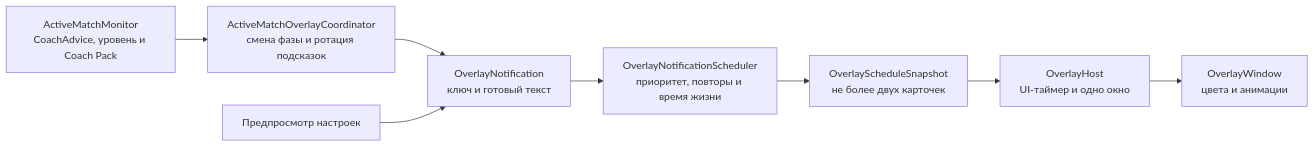
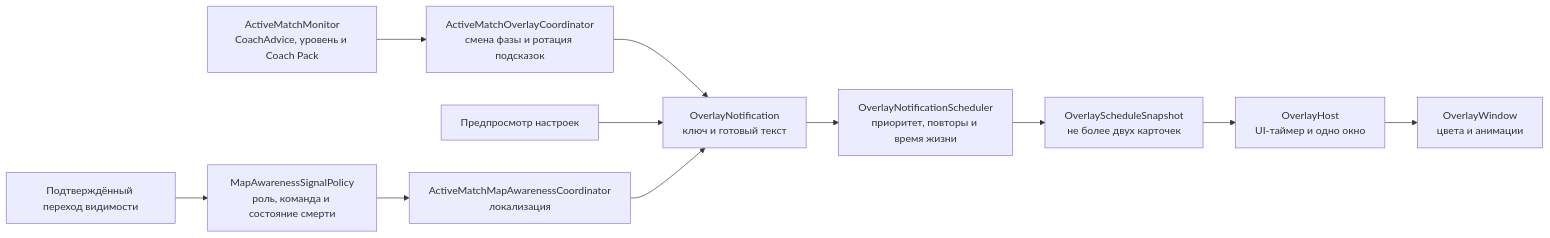
Before and after one commit to Deokti/TempoCue: the diagram in docs/overlay.md, drawn with Mermaid. The commit also changed other lines of this file and 26 other files, not shown here.

First line of the commit message:
feat(map-awareness): уведомлять о леснике и исчезновении мидера

````diff
--- a/docs/overlay.md
+++ b/docs/overlay.md
@@ -36,10 +38,13 @@
 ```mermaid
 flowchart LR
     Monitor["ActiveMatchMonitor<br/>CoachAdvice, уровень и Coach Pack"] --> Coordinator["ActiveMatchOverlayCoordinator<br/>смена фазы и ротация подсказок"]
     Coordinator --> Notification["OverlayNotification<br/>ключ и готовый текст"]
     Preview["Предпросмотр настроек"] --> Notification
+    Vision["Подтверждённый переход видимости"] --> MapPolicy["MapAwarenessSignalPolicy<br/>роль, команда и состояние смерти"]
+    MapPolicy --> MapCoordinator["ActiveMatchMapAwarenessCoordinator<br/>локализация"]
+    MapCoordinator --> Notification
     Notification --> Scheduler["OverlayNotificationScheduler<br/>приоритет, повторы и время жизни"]
     Scheduler --> Snapshot["OverlayScheduleSnapshot<br/>не более двух карточек"]
     Snapshot --> Host["OverlayHost<br/>UI-таймер и одно окно"]
     Host --> Window["OverlayWindow<br/>цвета и анимации"]
 ```
````
